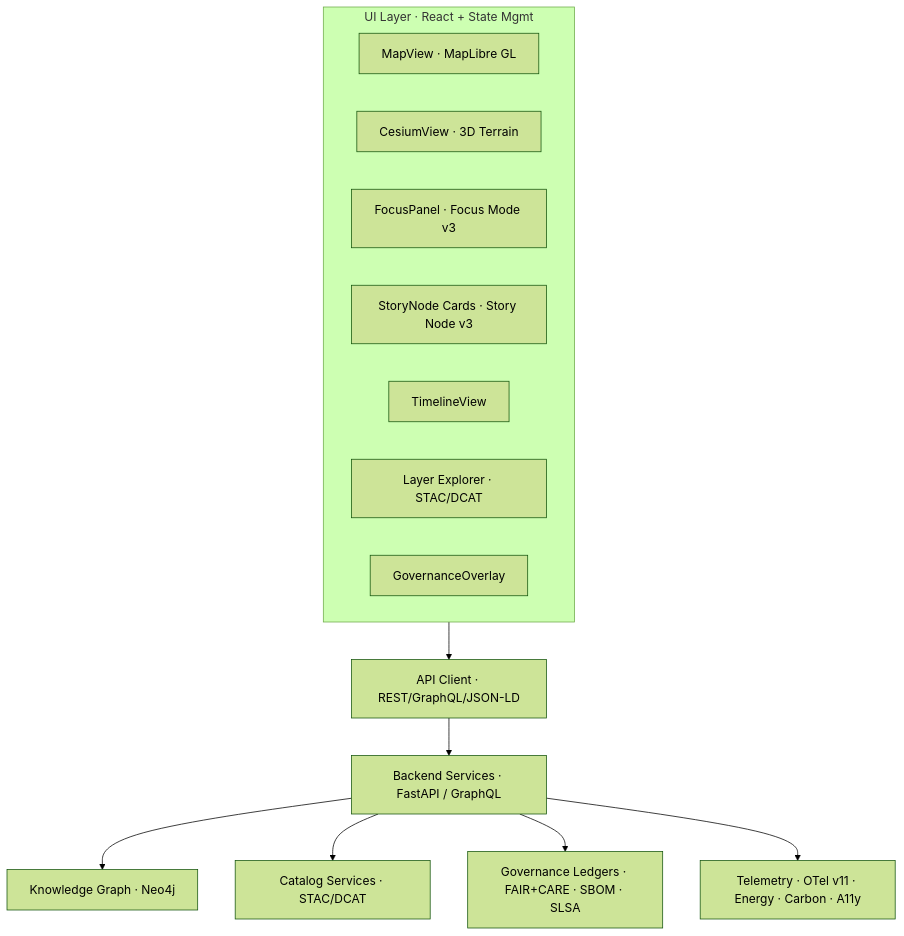
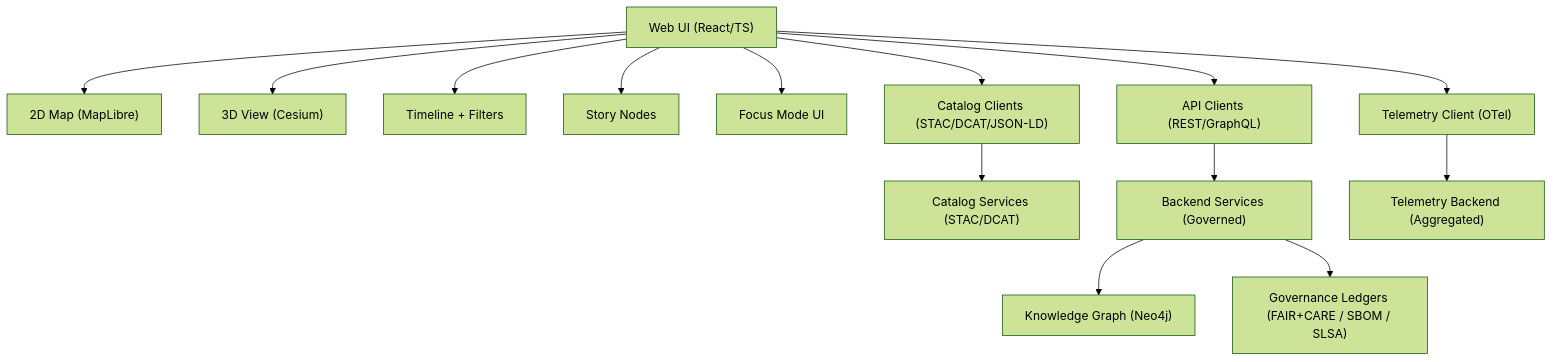
The first of 2 diagrams in web/ARCHITECTURE.md (bartytime4life/Kansas-Frontier-Matrix), drawn with Mermaid (forest theme) before and after one commit. The commit also changed other lines of this file, not shown here.

````diff
--- a/web/ARCHITECTURE.md
+++ b/web/ARCHITECTURE.md
@@ -202,19 +259,18 @@
-```mermaid
+~~~mermaid
 flowchart TD
-    subgraph UI["UI Layer · React + State Mgmt"]
-      MV["MapView · MapLibre GL"]
-      CV["CesiumView · 3D Terrain"]
-      FP["FocusPanel · Focus Mode v3"]
-      SN["StoryNode Cards · Story Node v3"]
-      TL["TimelineView"]
-      LX["Layer Explorer · STAC/DCAT"]
-      GOV["GovernanceOverlay"]
-    end
+  UI["Web UI (React/TS)"] --> R2D["2D Map (MapLibre)"]
+  UI --> R3D["3D View (Cesium)"]
+  UI --> TL["Timeline + Filters"]
+  UI --> SN["Story Nodes"]
+  UI --> FM["Focus Mode UI"]
 
-    UI --> API["API Client · REST/GraphQL/JSON-LD"]
-    API --> BE["Backend Services · FastAPI / GraphQL"]
-    BE --> KG["Knowledge Graph · Neo4j"]
-    BE --> STC["Catalog Services · STAC/DCAT"]
-    BE --> GOVDB["Governance Ledgers · FAIR+CARE · SBOM · SLSA"]
-    BE --> TEL["Telemetry · OTel v11 · Energy · Carbon · A11y"]
-```
+  UI --> CL["Catalog Clients (STAC/DCAT/JSON-LD)"]
+  UI --> API["API Clients (REST/GraphQL)"]
+  UI --> TEL["Telemetry Client (OTel)"]
+
+  CL --> CAT["Catalog Services (STAC/DCAT)"]
+  API --> SVC["Backend Services (Governed)"]
+  SVC --> KG["Knowledge Graph (Neo4j)"]
+  SVC --> LED["Governance Ledgers (FAIR+CARE / SBOM / SLSA)"]
+  TEL --> TELSVC["Telemetry Backend (Aggregated)"]
+~~~
````
